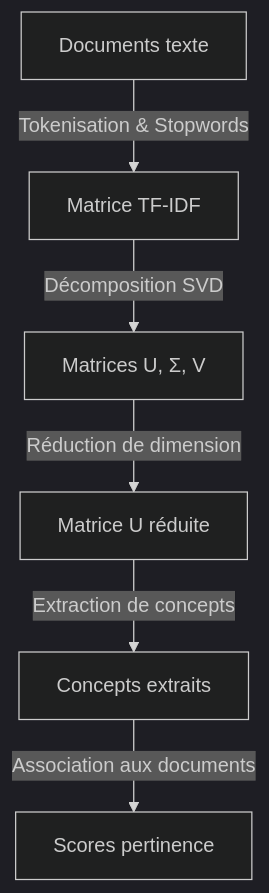
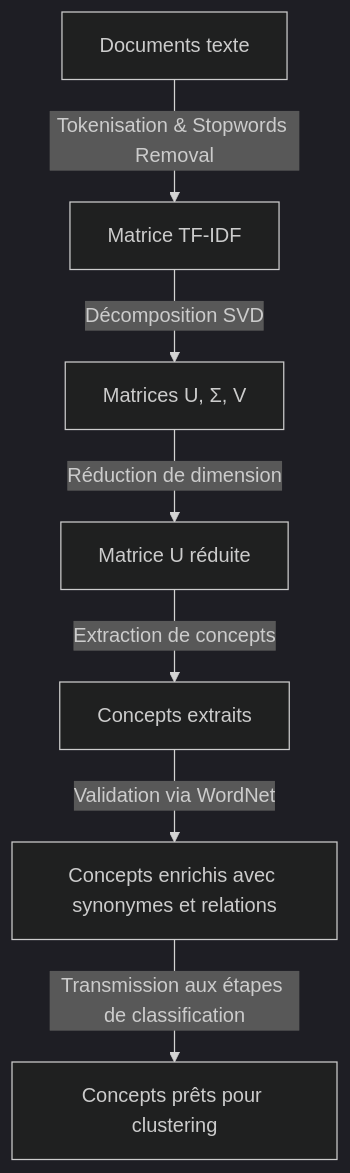
Before and after one commit to JEMALIACHRAF/ElasticSearch: the fifth of 6 diagrams in README.md, drawn with Mermaid (dark theme). The commit also changed other lines of this file, not shown here.

````diff
--- a/README.md
+++ b/README.md
@@ -184,8 +190,9 @@
 ```mermaid
 flowchart TD
-    A[Documents texte] -->|Tokenisation & Stopwords| B[Matrice TF-IDF]
+    A[Documents texte] -->|Tokenisation & Stopwords Removal| B[Matrice TF-IDF]
     B -->|Décomposition SVD| C[Matrices U, Σ, V]
     C -->|Réduction de dimension| D[Matrice U réduite]
     D -->|Extraction de concepts| E[Concepts extraits]
-    E -->|Association aux documents| F[Scores pertinence]
+    E -->|Validation via WordNet| F[Concepts enrichis avec synonymes et relations]
+    F -->|Transmission aux étapes de classification| G[Concepts prêts pour clustering]
 ```
````
